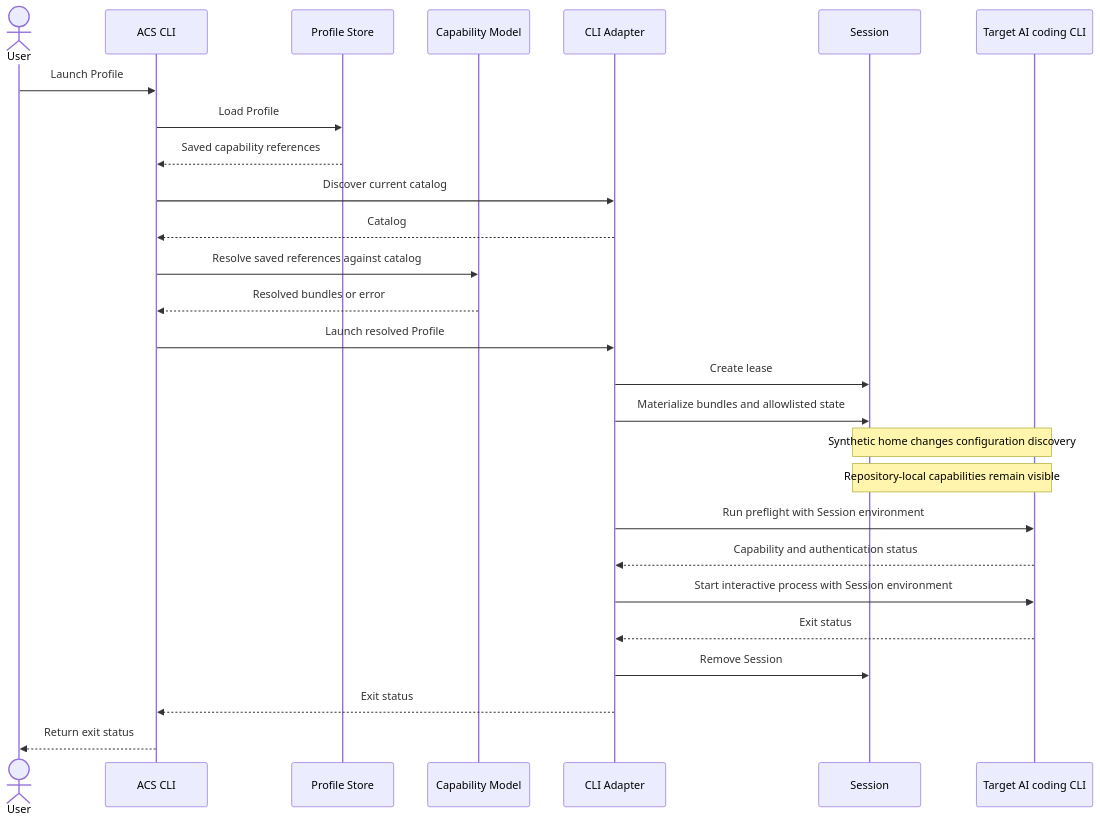
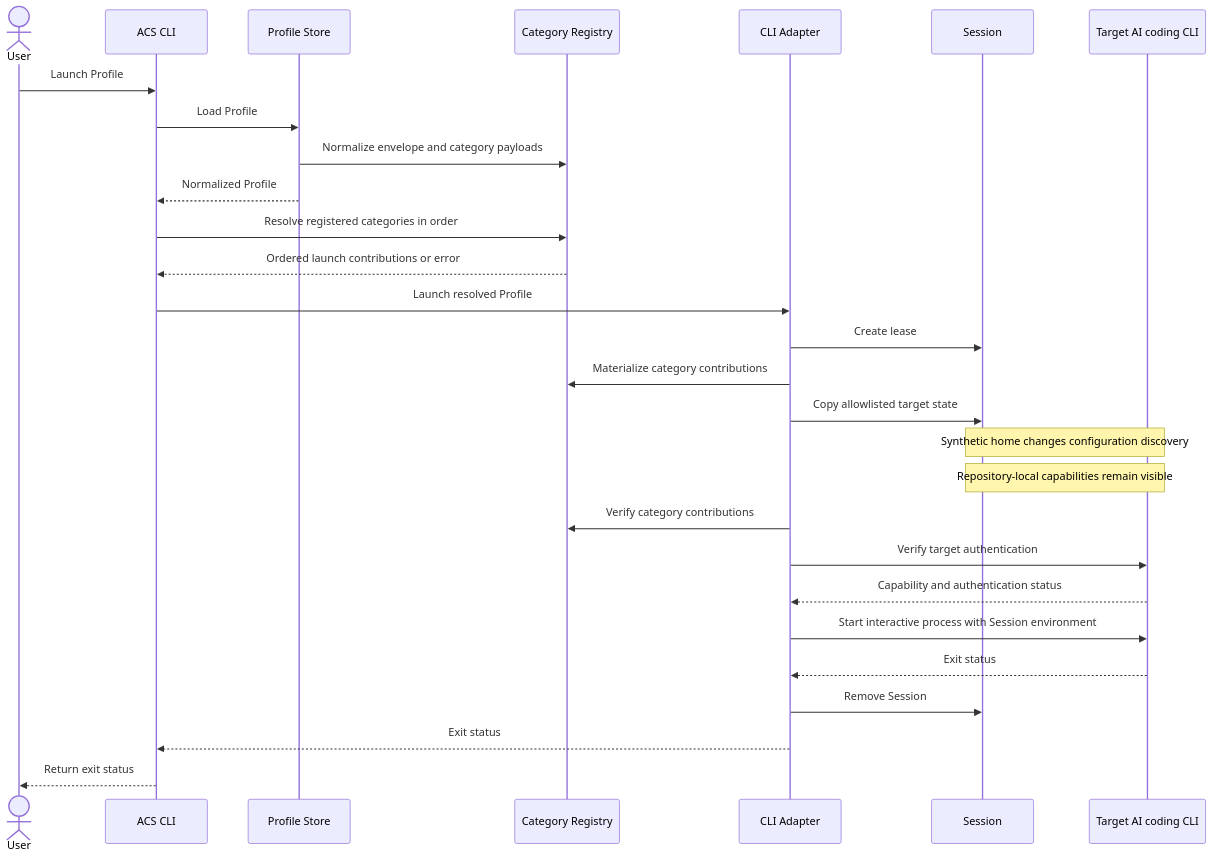
Before and after one commit to alcimerio/ai-config-selector: the second of 2 diagrams in docs/architecture.md, drawn with Mermaid. The commit also changed other lines of this file and 16 other files, not shown here.

First line of the commit message:
feat(profile): route execution through category registry (#25)

````diff
--- a/docs/architecture.md
+++ b/docs/architecture.md
@@ -145,30 +163,31 @@
 ```mermaid
 sequenceDiagram
     actor User
     participant ACS as ACS CLI
     participant Store as Profile Store
-    participant Model as Capability Model
+    participant Registry as Category Registry
     participant Adapter as CLI Adapter
     participant Session
     participant Target as Target AI coding CLI
 
     User->>ACS: Launch Profile
     ACS->>Store: Load Profile
-    Store-->>ACS: Saved capability references
-    ACS->>Adapter: Discover current catalog
-    Adapter-->>ACS: Catalog
-    ACS->>Model: Resolve saved references against catalog
-    Model-->>ACS: Resolved bundles or error
+    Store->>Registry: Normalize envelope and category payloads
+    Store-->>ACS: Normalized Profile
+    ACS->>Registry: Resolve registered categories in order
+    Registry-->>ACS: Ordered launch contributions or error
     ACS->>Adapter: Launch resolved Profile
     Adapter->>Session: Create lease
-    Adapter->>Session: Materialize bundles and allowlisted state
+    Adapter->>Registry: Materialize category contributions
+    Adapter->>Session: Copy allowlisted target state
     Note over Session,Target: Synthetic home changes configuration discovery
     Note over Session,Target: Repository-local capabilities remain visible
-    Adapter->>Target: Run preflight with Session environment
+    Adapter->>Registry: Verify category contributions
+    Adapter->>Target: Verify target authentication
     Target-->>Adapter: Capability and authentication status
     Adapter->>Target: Start interactive process with Session environment
     Target-->>Adapter: Exit status
     Adapter->>Session: Remove Session
     Adapter-->>ACS: Exit status
     ACS-->>User: Return exit status
 ```
````
